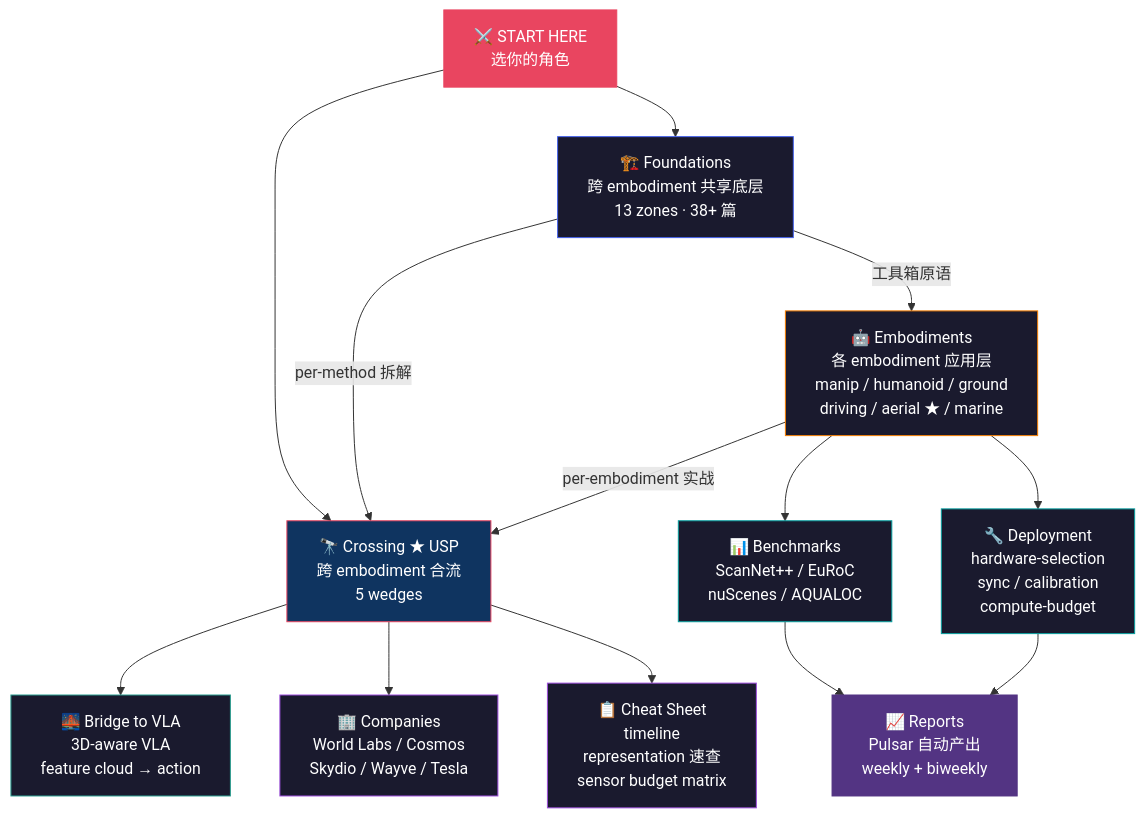
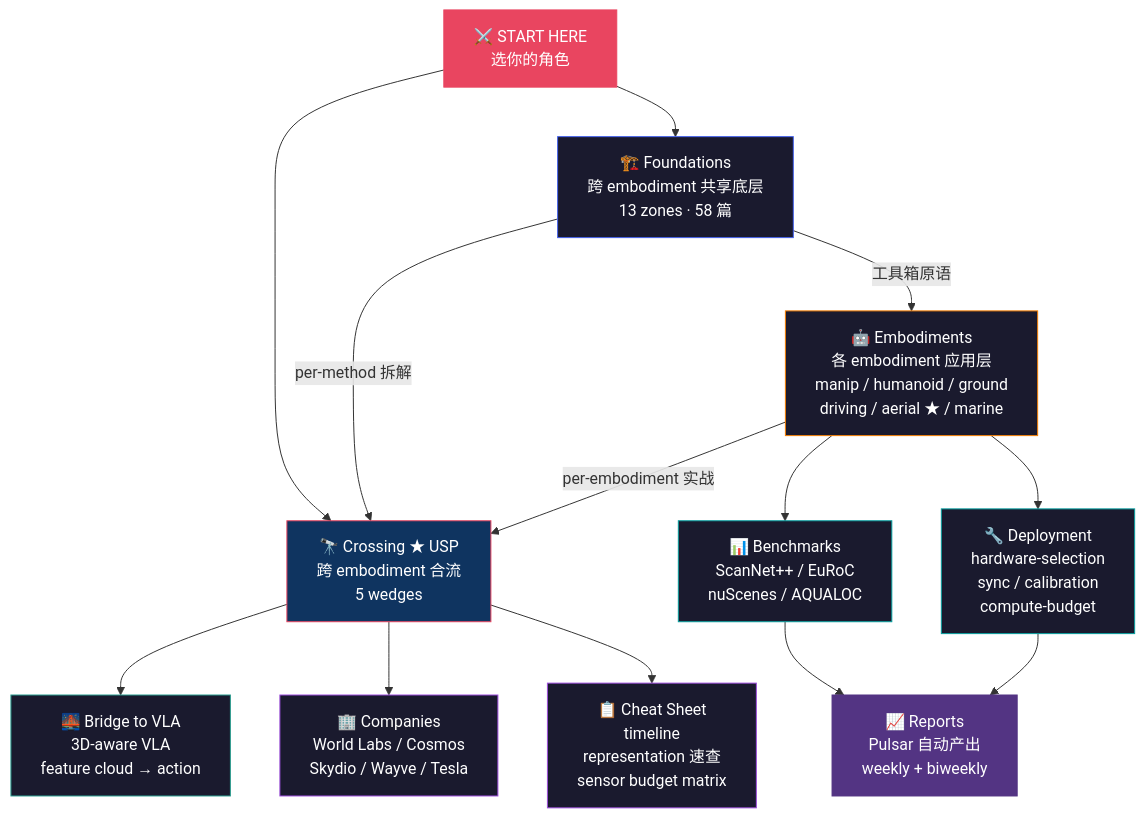
The diagram in README.md (sou350121/Spatial-Intelligence-Handbook), drawn with Mermaid before and after one commit. The commit also changed other lines of this file and 4 other files, not shown here.

````diff
--- a/README.md
+++ b/README.md
@@ -48,31 +48,31 @@
 ```mermaid
 graph TD
-    START["⚔️ START HERE<br/>选你的角色"] --> FOUND["🏗️ Foundations<br/>跨 embodiment 共享底层<br/>13 zones · 38+ 篇"]
+    START["⚔️ START HERE<br/>选你的角色"] --> FOUND["🏗️ Foundations<br/>跨 embodiment 共享底层<br/>13 zones · 58 篇"]
     START --> CROSS["🔭 Crossing ★ USP<br/>跨 embodiment 合流<br/>5 wedges"]
 
     FOUND -->|"工具箱原语"| EMB["🤖 Embodiments<br/>各 embodiment 应用层<br/>manip / humanoid / ground<br/>driving / aerial ★ / marine"]
     FOUND -->|"per-method 拆解"| CROSS
 
     EMB -->|"per-embodiment 实战"| CROSS
 
     CROSS --> BRIDGE["🌉 Bridge to VLA<br/>3D-aware VLA<br/>feature cloud → action"]
     CROSS --> COMP["🏢 Companies<br/>World Labs / Cosmos<br/>Skydio / Wayve / Tesla"]
     CROSS --> CHEAT["📋 Cheat Sheet<br/>timeline<br/>representation 速查<br/>sensor budget matrix"]
 
     EMB --> BENCH["📊 Benchmarks<br/>ScanNet++ / EuRoC<br/>nuScenes / AQUALOC"]
     EMB --> DEPLOY["🔧 Deployment<br/>hardware-selection<br/>sync / calibration<br/>compute-budget"]
 
     BENCH --> REP["📈 Reports<br/>Pulsar 自动产出<br/>weekly + biweekly"]
     DEPLOY --> REP
 
     style START fill:#e94560,stroke:#e94560,color:#fff
     style FOUND fill:#1a1a2e,stroke:#4361ee,color:#fff
     style EMB fill:#1a1a2e,stroke:#f77f00,color:#fff
     style CROSS fill:#0f3460,stroke:#e94560,color:#fff
     style BRIDGE fill:#1a1a2e,stroke:#2a9d8f,color:#fff
     style COMP fill:#1a1a2e,stroke:#9d4edd,color:#fff
     style CHEAT fill:#1a1a2e,stroke:#9d4edd,color:#fff
     style BENCH fill:#1a1a2e,stroke:#06a0a0,color:#fff
     style DEPLOY fill:#1a1a2e,stroke:#06a0a0,color:#fff
     style REP fill:#533483,stroke:#533483,color:#fff
 ```
````
